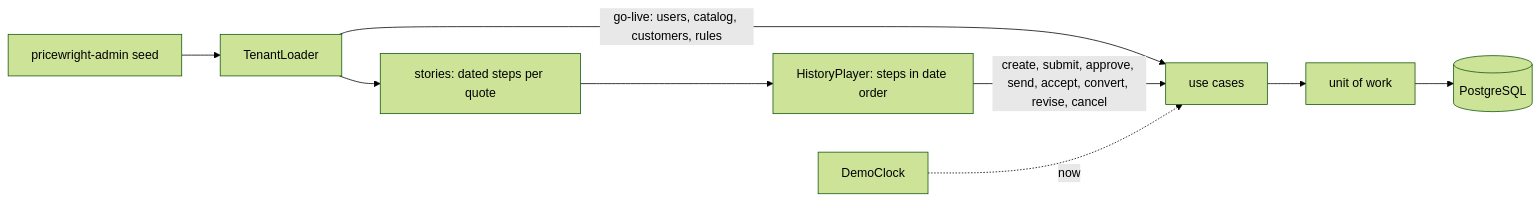
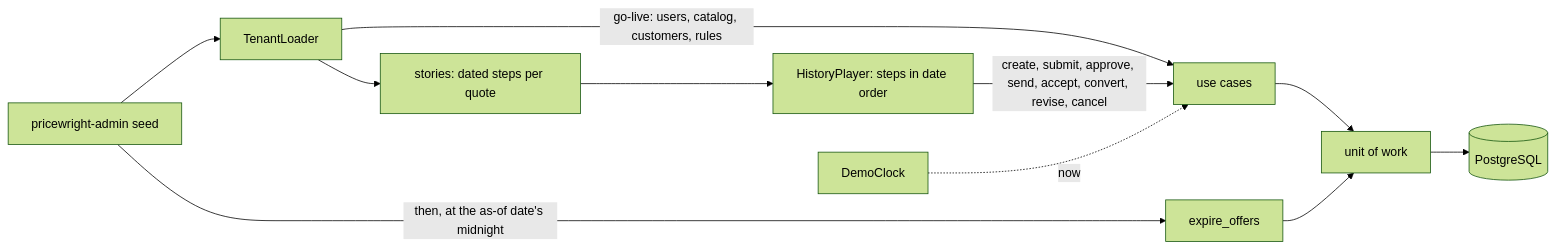
One commit to odvprogra/pricewright-api changed the ninth of 9 diagrams in docs/architecture.md. Above: the diagram before and after it, drawn with Mermaid (forest theme). The commit also changed other lines of this file and 7 other files, not shown here.

````diff
--- a/docs/architecture.md
+++ b/docs/architecture.md
@@ -208,10 +209,12 @@
 ```mermaid
 flowchart LR
     seed[pricewright-admin seed] --> loader[TenantLoader]
     loader -->|go-live: users, catalog, customers, rules| cases[use cases]
     loader --> stories[stories: dated steps per quote]
     stories --> player[HistoryPlayer: steps in date order]
     player -->|create, submit, approve, send, accept, convert, revise, cancel| cases
+    seed -->|then, at the as-of date's midnight| job[expire_offers]
     clock[DemoClock] -.now.-> cases
     cases --> uow[unit of work] --> db[(PostgreSQL)]
+    job --> uow
 ```
````
